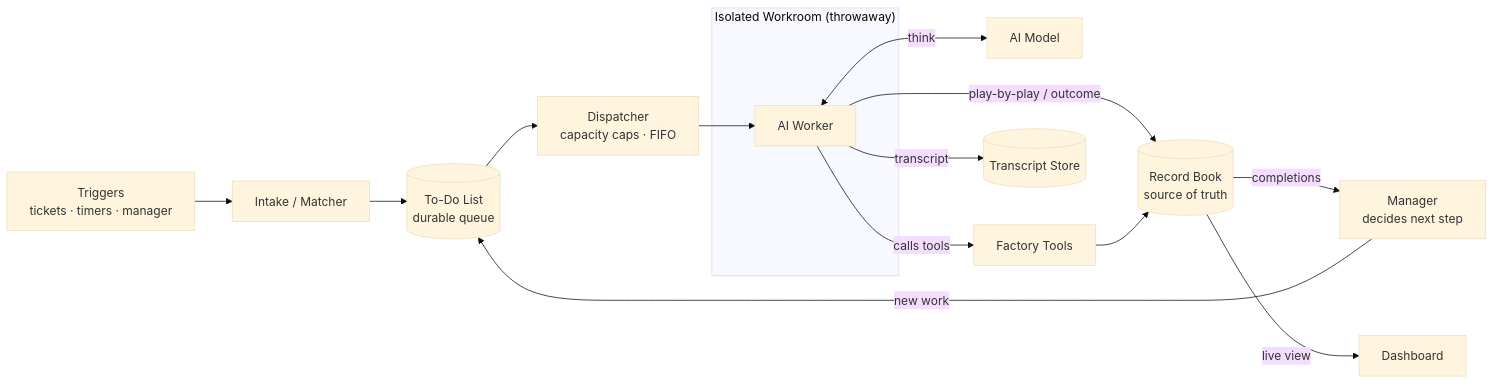
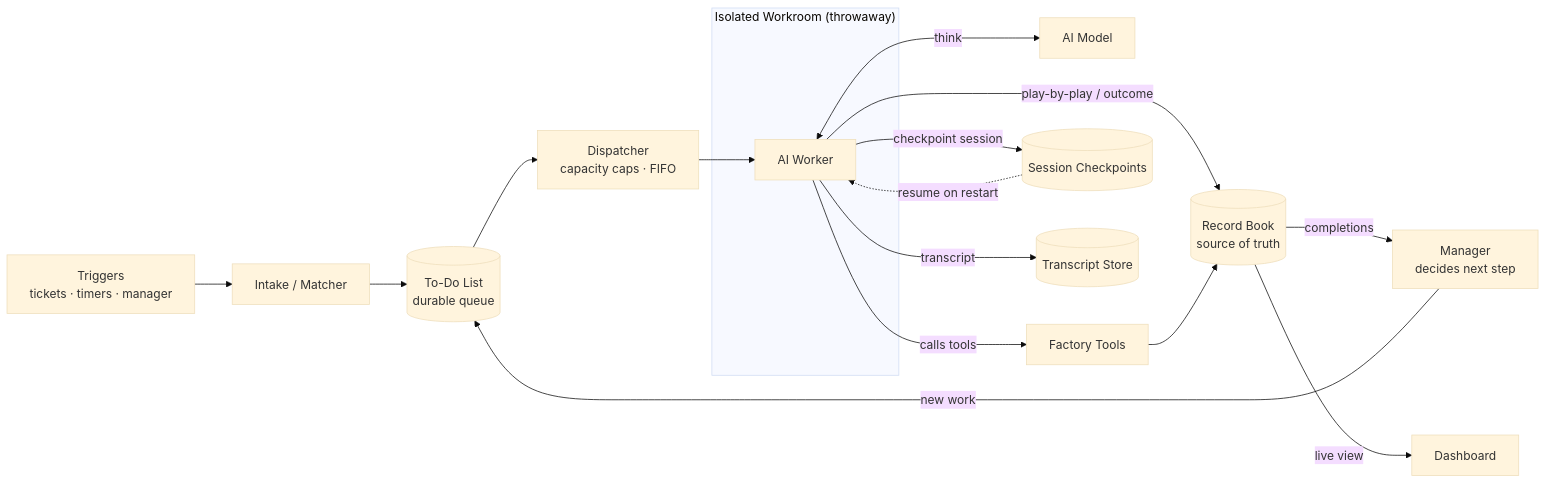
Before and after one commit to prezaei/simplefactory: the diagram in docs/factory-product-spec.md, drawn with Mermaid (base theme). The commit also changed other lines of this file, not shown here.

First line of the commit message:
Make crash-resume concrete and close spec consistency gaps

````diff
--- a/docs/factory-product-spec.md
+++ b/docs/factory-product-spec.md
@@ -99,18 +100,20 @@
 ```mermaid
 flowchart LR
     T["Triggers<br/>tickets · timers · manager"] --> I["Intake / Matcher"]
     I --> Q[("To-Do List<br/>durable queue")]
     Q --> D["Dispatcher<br/>capacity caps · FIFO"]
     D --> A
     subgraph Workroom["Isolated Workroom (throwaway)"]
       A["AI Worker"]
     end
     A <-->|think| M["AI Model"]
     A -->|calls tools| TA["Factory Tools"]
+    A -->|checkpoint session| CP[("Session Checkpoints")]
+    CP -.->|resume on restart| A
     A -->|transcript| AR[("Transcript Store")]
     A -->|play-by-play / outcome| R[("Record Book<br/>source of truth")]
     TA --> R
     R -->|completions| MG["Manager<br/>decides next step"]
     MG -->|new work| Q
     R -->|live view| DB["Dashboard"]
 ```
````
